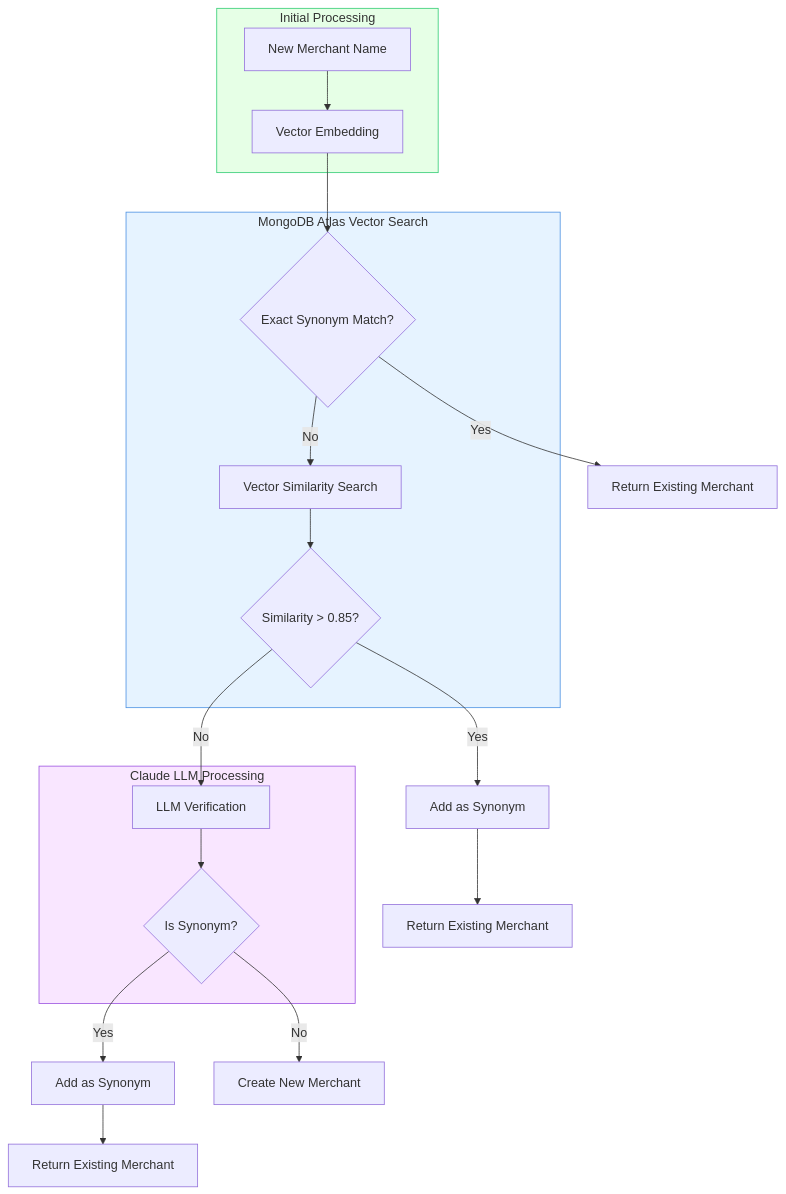
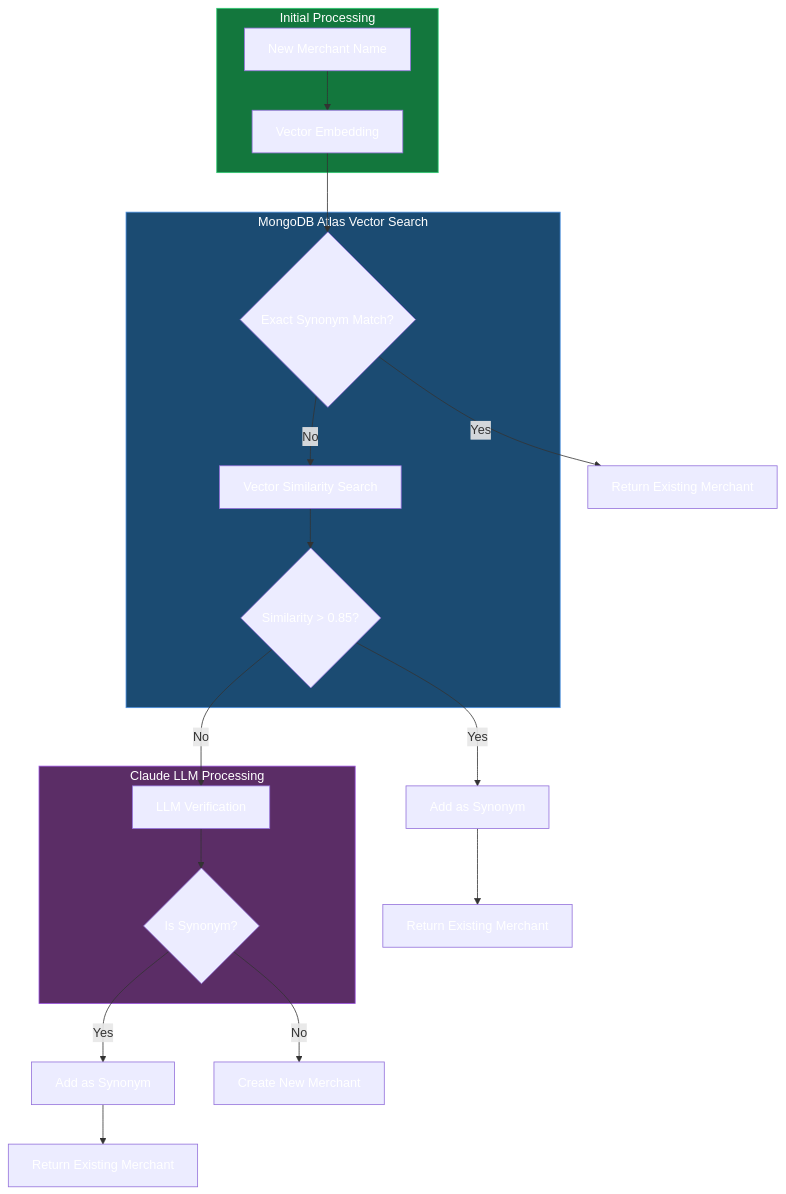
One commit to tzehon/genai-examples changed the diagram in streamlit/invoice_processor/README.md. Above: the diagram before and after it, drawn with Mermaid.

Commit message:
Update mermaid

````diff
--- a/streamlit/invoice_processor/README.md
+++ b/streamlit/invoice_processor/README.md
@@ -95,34 +95,35 @@
 ```mermaid
 graph TD
     subgraph InitialProcessing["Initial Processing"]
         A[New Merchant Name] --> B[Vector Embedding]
     end
 
     subgraph VectorSearch["MongoDB Atlas Vector Search"]
         B --> C{Exact Synonym Match?}
         C -->|No| E[Vector Similarity Search]
         E --> F{Similarity > 0.85?}
     end
 
     C -->|Yes| D[Return Existing Merchant]
 
     F -->|Yes| G[Add as Synonym]
     G --> H[Return Existing Merchant]
 
     subgraph LLMProcessing["Claude LLM Processing"]
         F -->|No| I[LLM Verification]
         I --> J{Is Synonym?}
     end
 
     J -->|Yes| K[Add as Synonym]
     K --> L[Return Existing Merchant]
     J -->|No| M[Create New Merchant]
 
-    classDef initial fill:#e6ffe6,stroke:#2ecc71
-    classDef vector fill:#e6f3ff,stroke:#4a90e2
-    classDef llm fill:#f9e6ff,stroke:#9b51e0
+    classDef initial fill:#13773D,stroke:#2ecc71,color:#fff
+    classDef vector fill:#1B4B72,stroke:#4a90e2,color:#fff
+    classDef llm fill:#5B2D66,stroke:#9b51e0,color:#fff
+    classDef default color:#fff
 
     class InitialProcessing initial
     class VectorSearch vector
     class LLMProcessing llm
 ```
````
